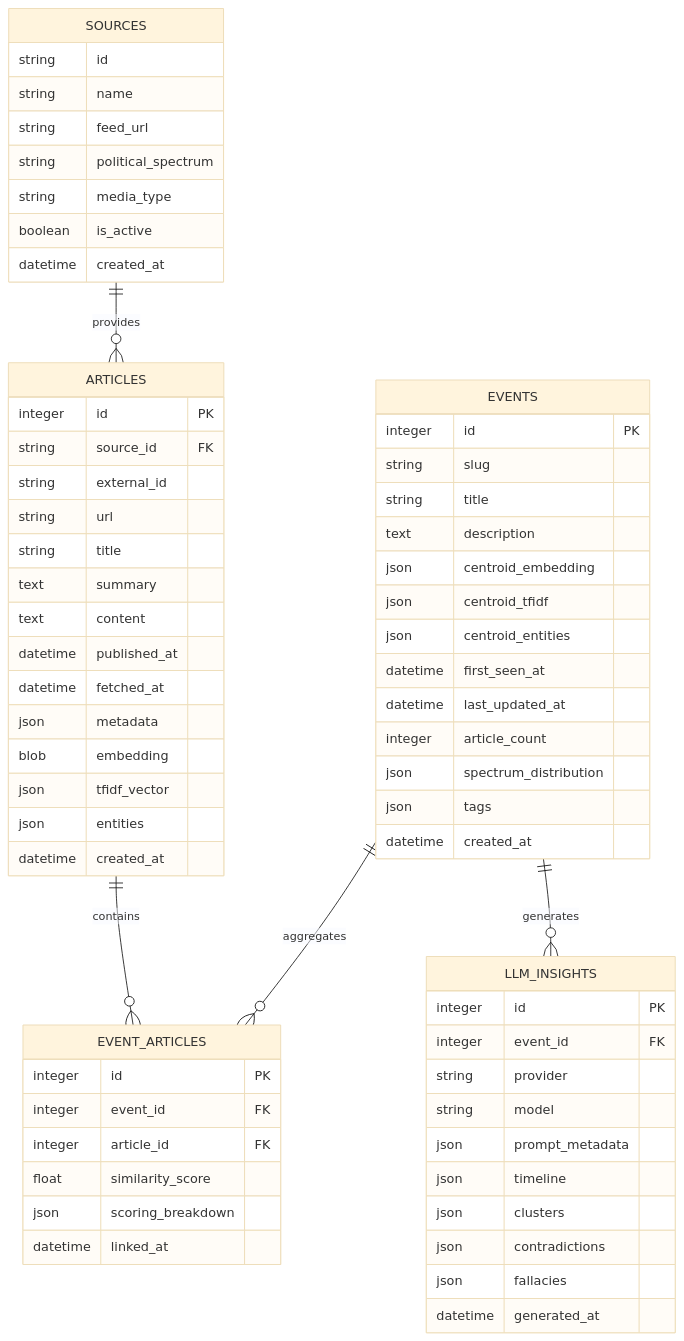
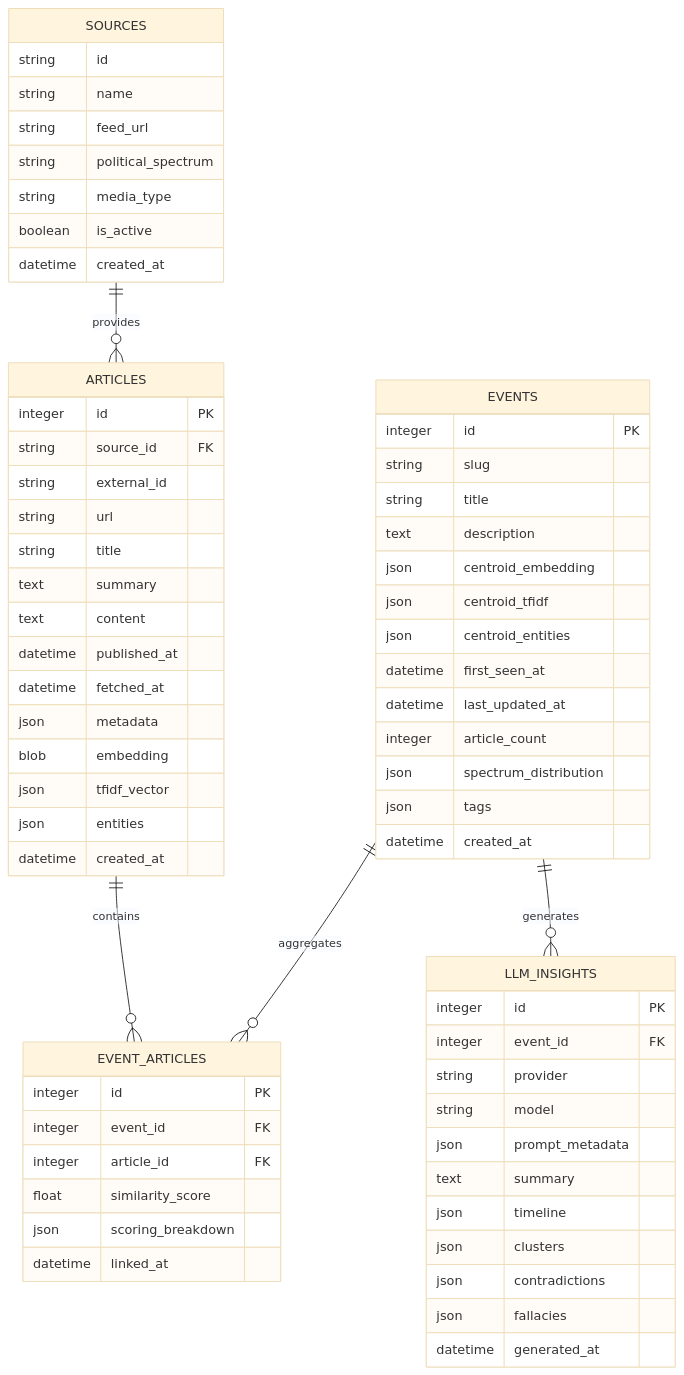
The third of 4 diagrams in docs/architecture.md (VibeThrifter/news-aggregator), drawn with Mermaid (base theme) before and after one commit. The commit also changed other lines of this file and 1 other file, not shown here.

First line of the commit message:
Update PRD and architecture docs for narrative summaries and REST API

````diff
--- a/docs/architecture.md
+++ b/docs/architecture.md
@@ -143,72 +143,73 @@
 ```mermaid
 erDiagram
     ARTICLES ||--o{ EVENT_ARTICLES : contains
     EVENTS ||--o{ EVENT_ARTICLES : aggregates
     EVENTS ||--o{ LLM_INSIGHTS : generates
     SOURCES ||--o{ ARTICLES : provides
 
     SOURCES {
         string id
         string name
         string feed_url
         string political_spectrum
         string media_type
         boolean is_active
         datetime created_at
     }
 
     ARTICLES {
         integer id PK
         string source_id FK
         string external_id
         string url
         string title
         text summary
         text content
         datetime published_at
         datetime fetched_at
         json metadata
         blob embedding
         json tfidf_vector
         json entities
         datetime created_at
     }
 
     EVENTS {
         integer id PK
         string slug
         string title
         text description
         json centroid_embedding
         json centroid_tfidf
         json centroid_entities
         datetime first_seen_at
         datetime last_updated_at
         integer article_count
         json spectrum_distribution
         json tags
         datetime created_at
     }
 
     EVENT_ARTICLES {
         integer id PK
         integer event_id FK
         integer article_id FK
         float similarity_score
         json scoring_breakdown
         datetime linked_at
     }
 
     LLM_INSIGHTS {
         integer id PK
         integer event_id FK
         string provider
         string model
         json prompt_metadata
+        text summary
         json timeline
         json clusters
         json contradictions
         json fallacies
         datetime generated_at
     }
 ```
````
